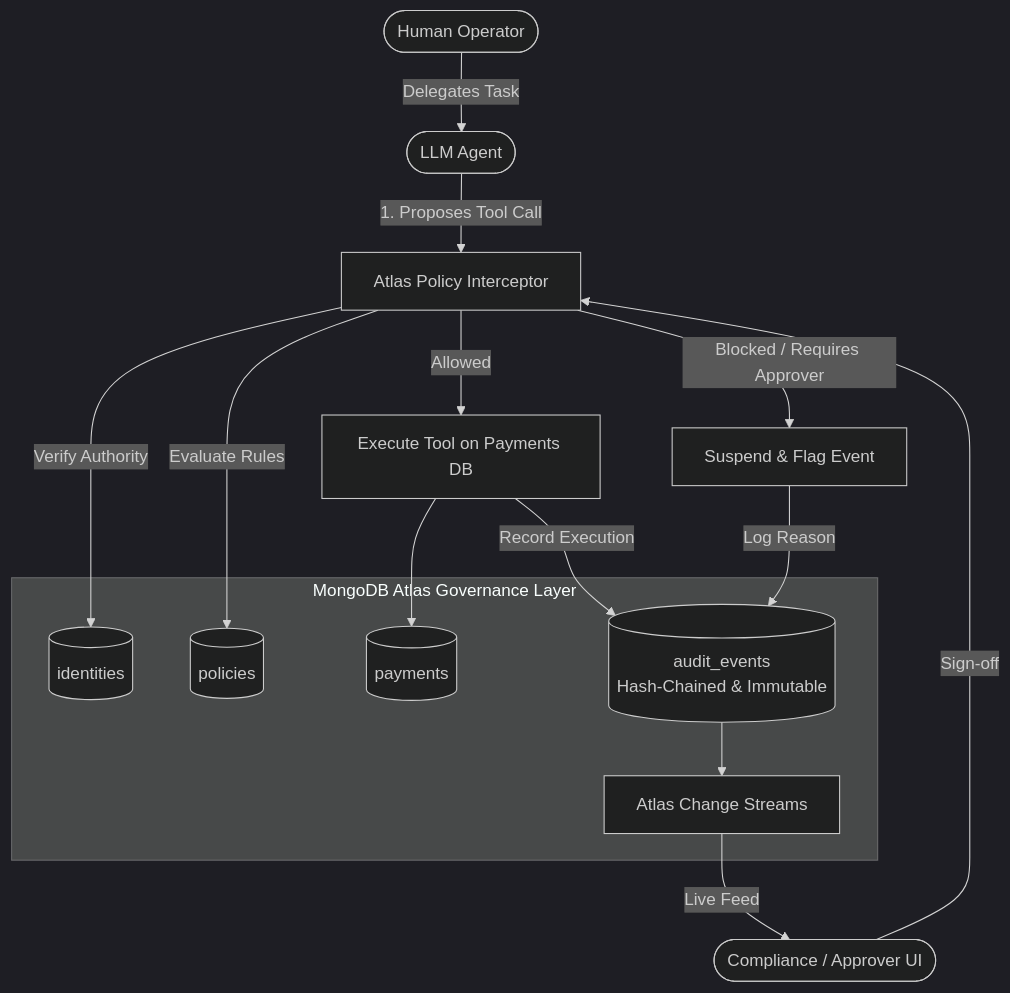
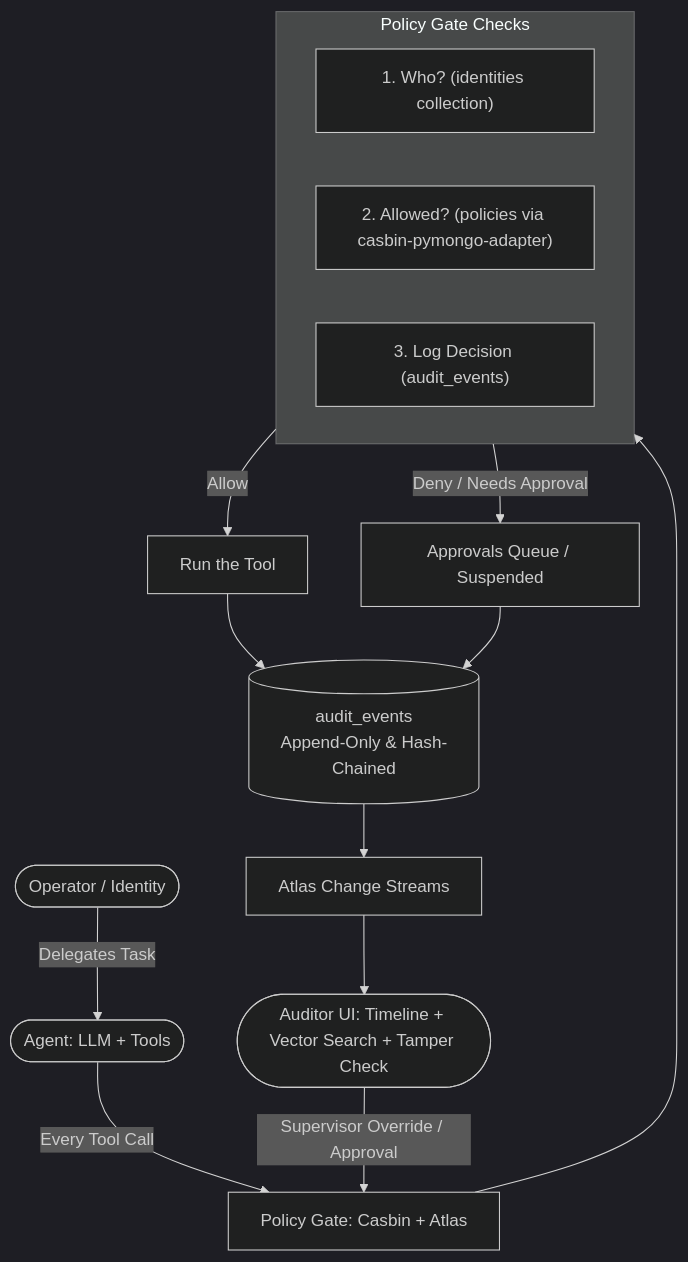
The diagram in README.md (lognos/transactions_monitor), drawn with Mermaid (dark theme) before and after one commit. The commit also changed other lines of this file and 1 other file, not shown here.

Commit message:
docs: add Casbin policy engine evaluation, architecture flow, and collection schema

````diff
--- a/README.md
+++ b/README.md
@@ -23,27 +23,22 @@
 ```mermaid
 flowchart TD
-    User([Human Operator]) -->|Delegates Task| Agent([LLM Agent])
-    Agent -->|1. Proposes Tool Call| Gate[Atlas Policy Interceptor]
+    Operator([Operator / Identity]) -->|Delegates Task| Agent([Agent: LLM + Tools])
+    Agent -->|Every Tool Call| Gate[Policy Gate: Casbin + Atlas]
     
-    subgraph MongoDB_Atlas [MongoDB Atlas Governance Layer]
-        Identities[(identities)]
-        Policies[(policies)]
-        Payments[(payments)]
-        Audit[(audit_events\nHash-Chained & Immutable)]
-        ChangeStreams[Atlas Change Streams]
+    subgraph GateChecks ["Policy Gate Checks"]
+        C1["1. Who? (identities collection)"]
+        C2["2. Allowed? (policies via casbin-pymongo-adapter)"]
+        C3["3. Log Decision (audit_events)"]
     end
-
-    Gate -->|Verify Authority| Identities
-    Gate -->|Evaluate Rules| Policies
+    Gate --> GateChecks
     
-    Gate -->|Allowed| Exec[Execute Tool on Payments DB]
-    Exec --> Payments
-    Exec -->|Record Execution| Audit
+    GateChecks -->|Allow| Exec[Run the Tool]
+    GateChecks -->|Deny / Needs Approval| Queue[Approvals Queue / Suspended]
     
-    Gate -->|Blocked / Requires Approver| Suspend[Suspend & Flag Event]
-    Suspend -->|Log Reason| Audit
+    Exec --> Audit[(audit_events\nAppend-Only & Hash-Chained)]
+    Queue --> Audit
     
-    Audit --> ChangeStreams
-    ChangeStreams -->|Live Feed| ReviewerUI([Compliance / Approver UI])
-    ReviewerUI -->|Sign-off| Gate
+    Audit --> Stream[Atlas Change Streams]
+    Stream --> AuditorUI([Auditor UI: Timeline + Vector Search + Tamper Check])
+    AuditorUI -->|Supervisor Override / Approval| Gate
 ```
````
